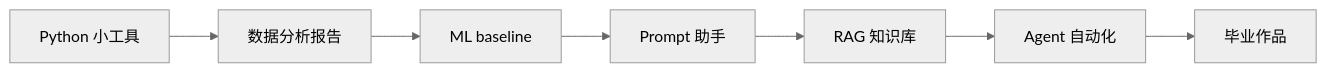
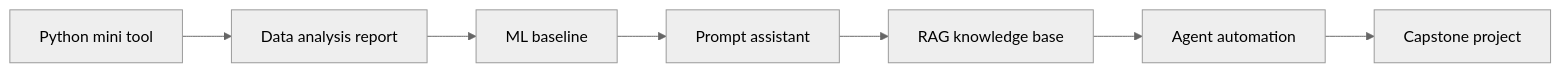
Before and after one commit to oudbiao/AI-fullstack-course: the fourth of 4 diagrams in docs/intro/main-learning-routes.md, drawn with Mermaid (neutral theme). The commit also changed other lines of this file and 1406 other files, not shown here.

````diff
--- a/docs/intro/main-learning-routes.md
+++ b/docs/intro/main-learning-routes.md
@@ -105,9 +105,9 @@
 ```mermaid
 flowchart LR
-  A[Python 小工具] --> B[数据分析报告]
+  A[Python mini tool] --> B[Data analysis report]
   B --> C[ML baseline]
-  C --> D[Prompt 助手]
-  D --> E[RAG 知识库]
-  E --> F[Agent 自动化]
-  F --> G[毕业作品]
+  C --> D[Prompt assistant]
+  D --> E[RAG knowledge base]
+  E --> F[Agent automation]
+  F --> G[Capstone project]
 ```
````
